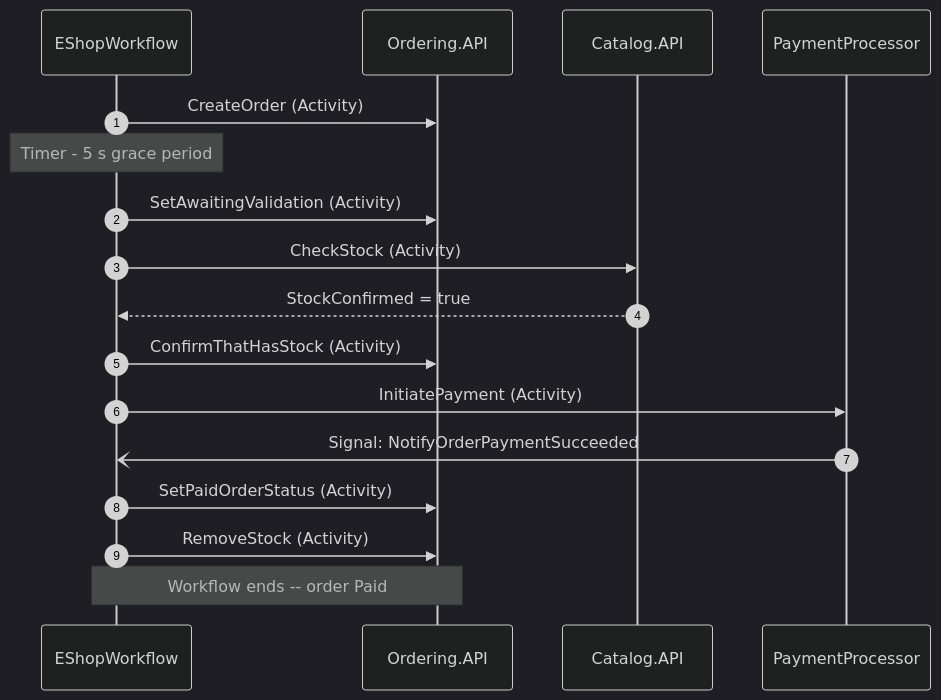
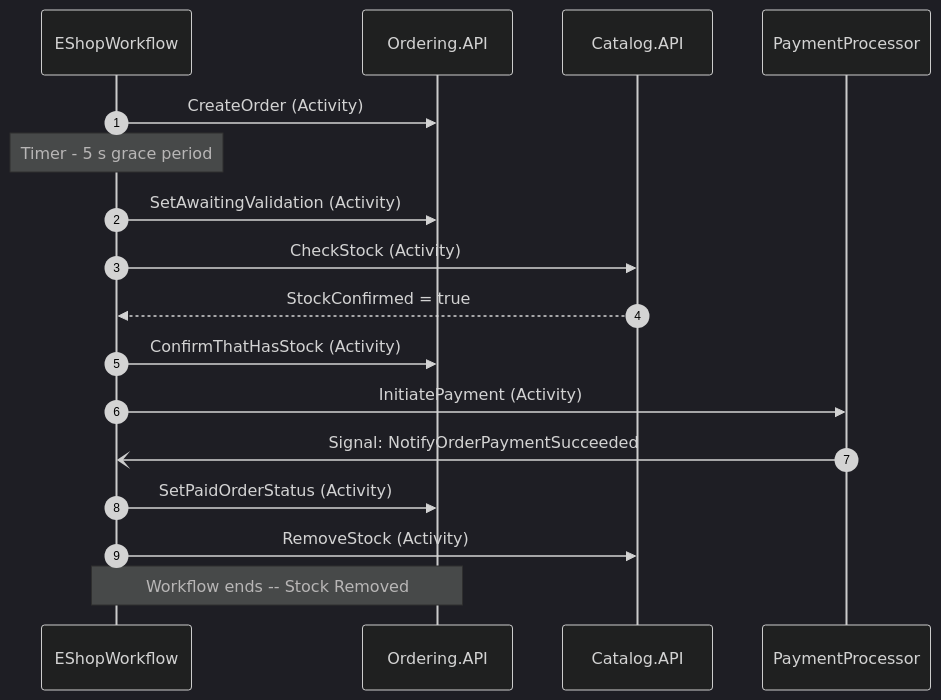
The second of 4 diagrams in README.md (fnandop/eShop), drawn with Mermaid (dark theme) before and after one commit. The commit also changed other lines of this file and 20 other files, not shown here.

````diff
--- a/README.md
+++ b/README.md
@@ -152,20 +187,20 @@
 ```mermaid
 sequenceDiagram
     autonumber
     participant W as EShopWorkflow
     participant O as Ordering.API
     participant CAT as Catalog.API
     participant PAY as PaymentProcessor
 
     W->>O: CreateOrder (Activity)
     Note over W: Timer - 5 s grace period
     W->>O: SetAwaitingValidation (Activity)
     W->>CAT: CheckStock (Activity)
     CAT-->>W: StockConfirmed = true
     W->>O: ConfirmThatHasStock (Activity)
     W->>PAY: InitiatePayment (Activity)
     PAY-)W: Signal: NotifyOrderPaymentSucceeded
     W->>O: SetPaidOrderStatus (Activity)
-    W->>O: RemoveStock (Activity)
-    Note over W,O: Workflow ends -- order Paid
+    W->>CAT: RemoveStock (Activity)
+    Note over W,O: Workflow ends -- Stock Removed
 ```
````
